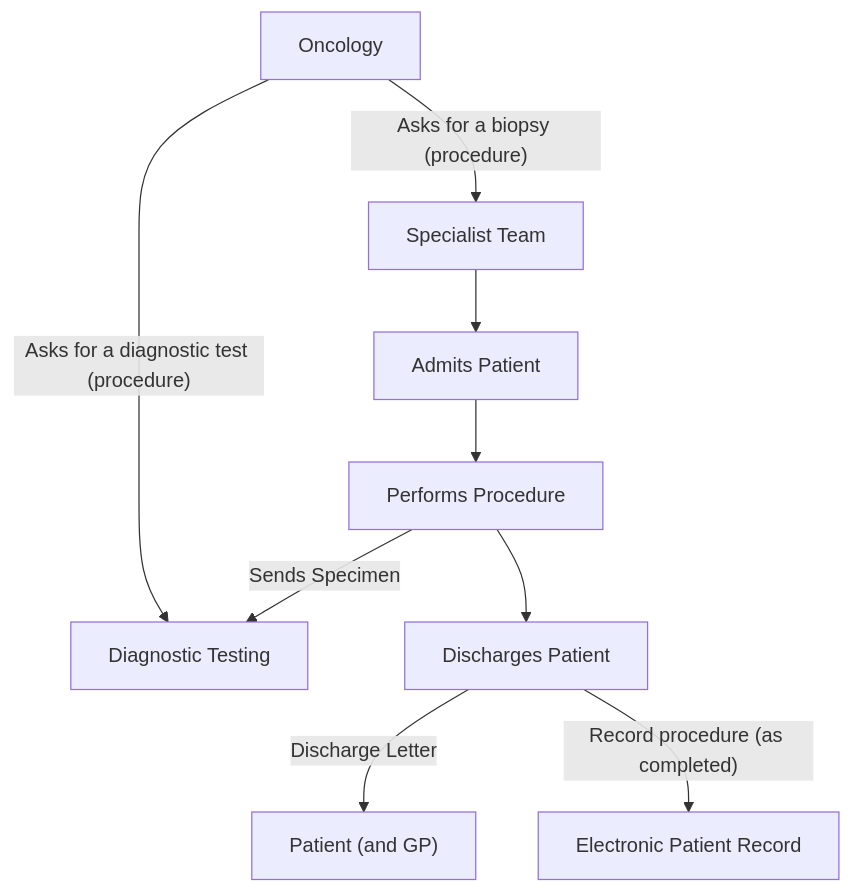
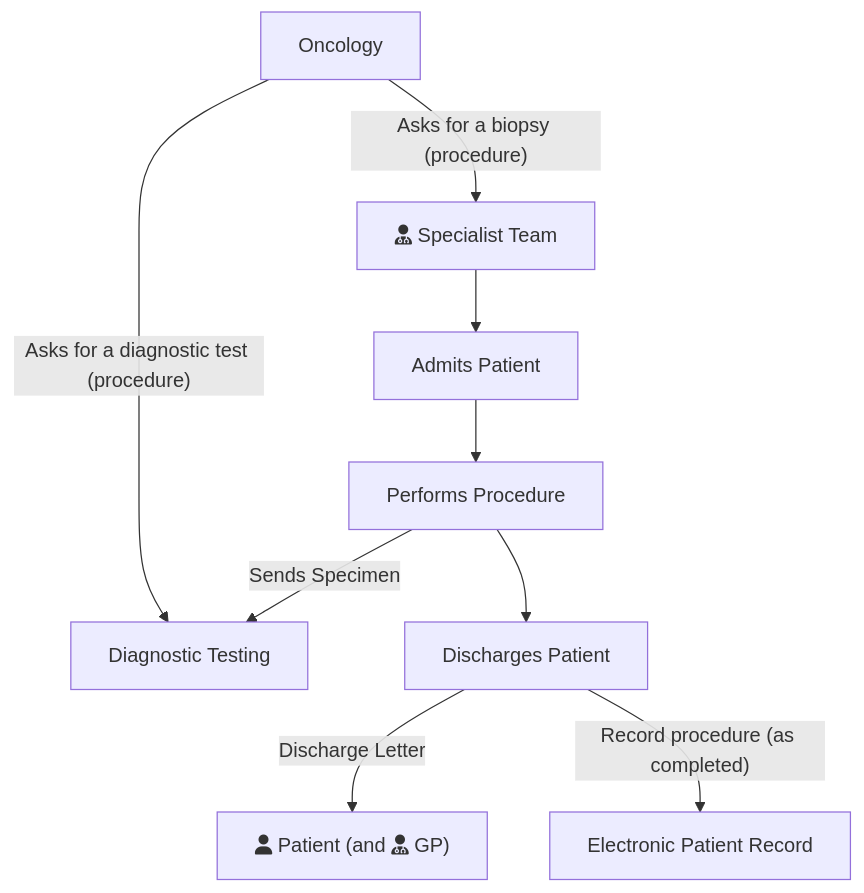
Before and after one commit to uk-gov-mirror/nw-gmsa.nw-gmsa.github.com: the diagram in input/intro-notes/ExampleScenario-BiopsyProcedure-intro.md, drawn with Mermaid. The commit also changed 1 other file, not shown here.

Commit message:
Moved HL7 v2 links to intro.md's

````diff
--- a/input/intro-notes/ExampleScenario-BiopsyProcedure-intro.md
+++ b/input/intro-notes/ExampleScenario-BiopsyProcedure-intro.md
@@ -2,13 +2,12 @@
 ```mermaid
 graph TD;
 
-    Oncology --> |"Asks for a biopsy (procedure)"| SpecialistTeam[Specialist Team]
+    Oncology --> |"Asks for a biopsy (procedure)"| SpecialistTeam[fas:fa-user-md Specialist Team]
     Oncology --> |"Asks for a diagnostic test (procedure)"| DiagnosticTesting[Diagnostic Testing]
     SpecialistTeam --> Admits[Admits Patient]
     Admits --> Performs[Performs Procedure]
     Performs --> Discharge[Discharges Patient]
     Performs --> |Sends Specimen| DiagnosticTesting
-    Discharge --> |Discharge Letter| Patient["Patient (and GP)"]
+    Discharge --> |Discharge Letter| Patient["fas:fa-user Patient (and fas:fa-user-md GP)"]
     Discharge --> |"Record procedure (as completed)"| EPR[Electronic Patient Record]
-
 ```
````
